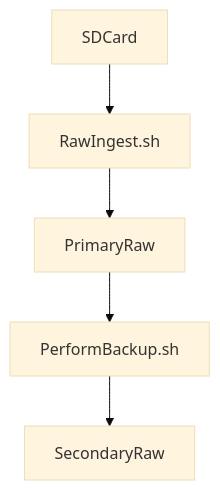
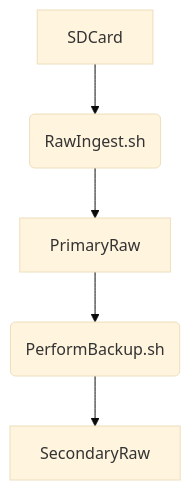
One commit to barry4356/dione changed the diagram in README.md. Above: the diagram before and after it, drawn with Mermaid (base theme).

````diff
--- a/README.md
+++ b/README.md
@@ -16,7 +16,7 @@
 ``` mermaid
 graph TD;
-    SDCard --> RawIngest.sh;
-    RawIngest.sh --> PrimaryRaw;
-    PrimaryRaw --> PerformBackup.sh;
-    PerformBackup.sh --> SecondaryRaw;
+    SDCard --> RI(RawIngest.sh);
+    RI(RawIngest.sh) --> PrimaryRaw;
+    PrimaryRaw --> PB(PerformBackup.sh);
+    PB(PerformBackup.sh) --> SecondaryRaw;
 ```
````
